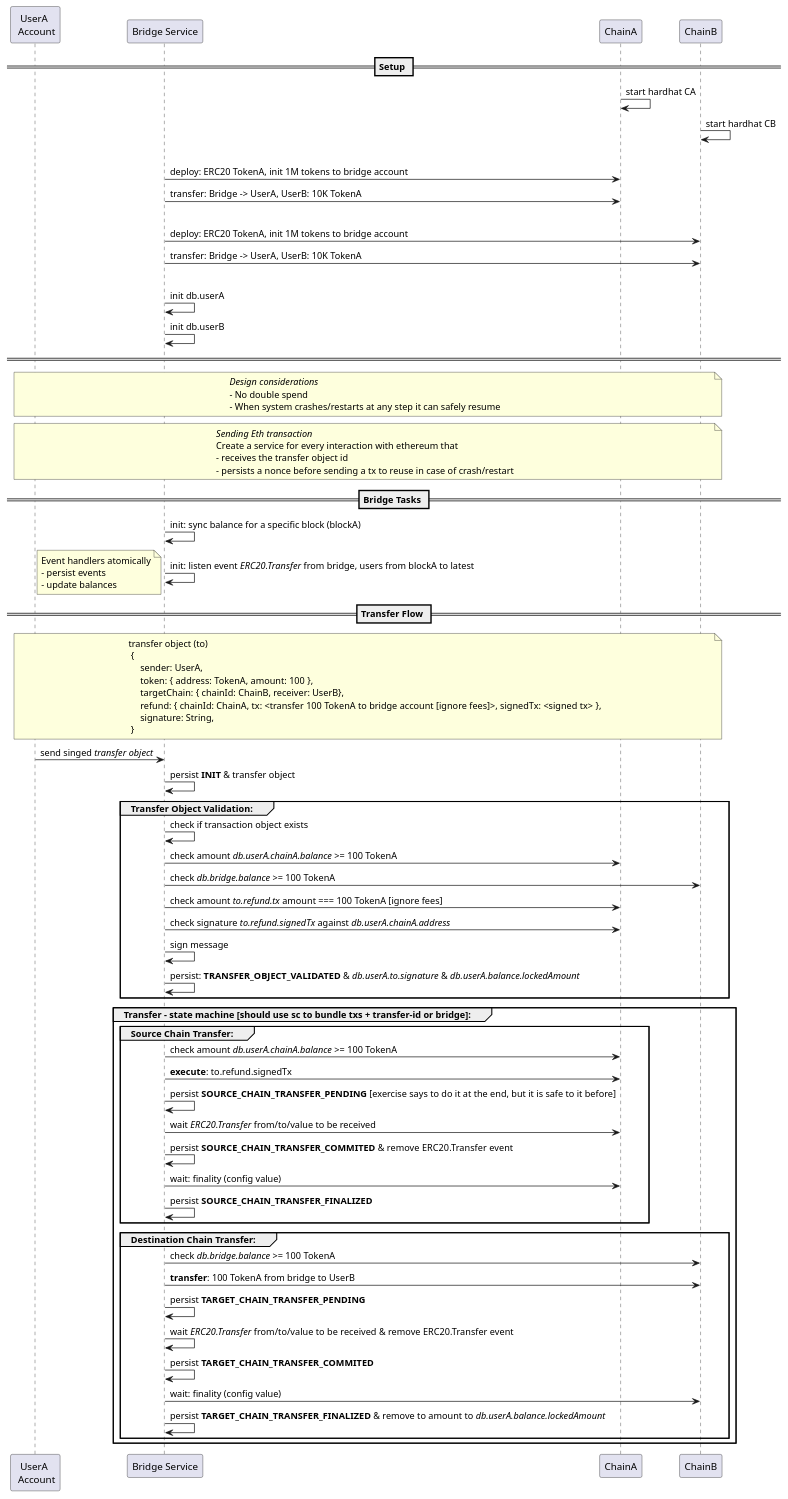
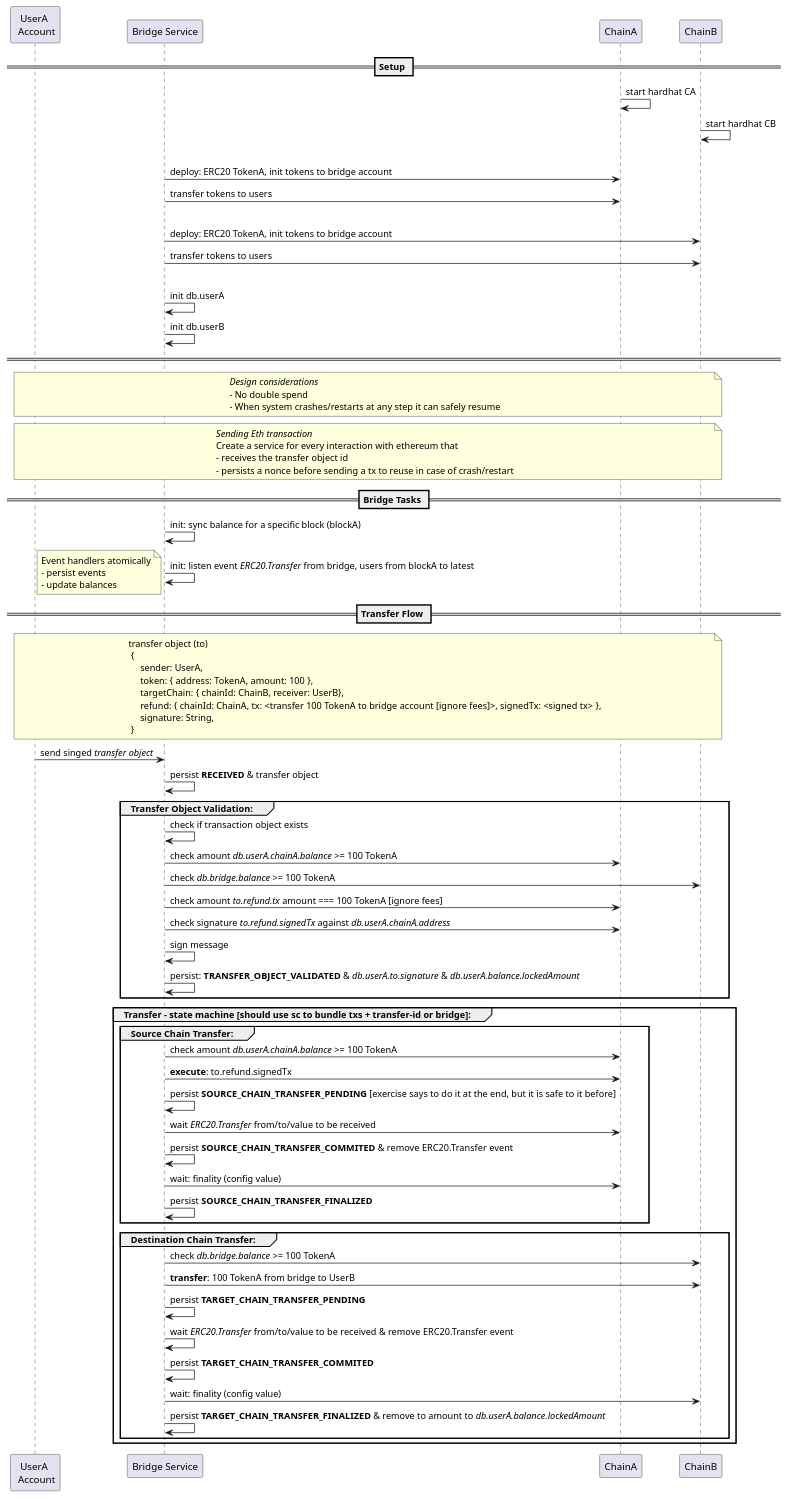
Before and after one commit to nchondromatidis/evm-erc20-bridge: the diagram in docs/transfer-assets-flow.puml, drawn with PlantUML. The commit also changed 15 other files, not shown here.

Commit message:
added ReceiveNewTransferObject use case

```diff
--- a/docs/transfer-assets-flow.puml
+++ b/docs/transfer-assets-flow.puml
@@ -1,93 +1,93 @@
 @startuml
 participant "UserA \n Account" as UA
 participant "Bridge Service" as B
 participant ChainA as CA
 participant ChainB as CB
 
 == Setup ==
 CA -> CA: start hardhat CA
 CB -> CB: start hardhat CB
 |||
-B -> CA: deploy: ERC20 TokenA, init 1M tokens to bridge account
-B -> CA: transfer: Bridge -> UserA, UserB: 10K TokenA
+B -> CA: deploy: ERC20 TokenA, init tokens to bridge account
+B -> CA: transfer tokens to users
 |||
-B -> CB: deploy: ERC20 TokenA, init 1M tokens to bridge account
-B -> CB: transfer: Bridge -> UserA, UserB: 10K TokenA
+B -> CB: deploy: ERC20 TokenA, init tokens to bridge account
+B -> CB: transfer tokens to users
 |||
 B -> B: init db.userA
 B -> B: init db.userB
 
 == ==
 note across
 //Design considerations//
 - No double spend
 - When system crashes/restarts at any step it can safely resume
 end note
 
 note across
 //Sending Eth transaction//
 Create a service for every interaction with ethereum that
 - receives the transfer object id
 - persists a nonce before sending a tx to reuse in case of crash/restart
 end note
 
 == Bridge Tasks ==
 B -> B: init: sync balance for a specific block (blockA)
 B -> B: init: listen event //ERC20.Transfer// from bridge, users from blockA to latest
 note left
 Event handlers atomically
 - persist events
 - update balances
 end note
 
 
 == Transfer Flow ==
 note across
 transfer object (to)
  {
      sender: UserA,
      token: { address: TokenA, amount: 100 },
      targetChain: { chainId: ChainB, receiver: UserB},
      refund: { chainId: ChainA, tx: <transfer 100 TokenA to bridge account [ignore fees]>, signedTx: <signed tx> },
      signature: String,
  }
 end note
 
 UA -> B: send singed //transfer object//
-B -> B: persist **INIT** & transfer object
+B -> B: persist **RECEIVED** & transfer object
 
 group Transfer Object Validation:
 B -> B : check if transaction object exists
 B -> CA: check amount //db.userA.chainA.balance// >= 100 TokenA
 B -> CB: check //db.bridge.balance// >= 100 TokenA
 B -> CA: check amount //to.refund.tx// amount === 100 TokenA [ignore fees]
 B -> CA: check signature //to.refund.signedTx// against //db.userA.chainA.address//
 B -> B: sign message
 B -> B: persist: **TRANSFER_OBJECT_VALIDATED** & //db.userA.to.signature// & //db.userA.balance.lockedAmount//
 end
 
 group Transfer - state machine [should use sc to bundle txs + transfer-id or bridge]:
 
 group Source Chain Transfer:
 B -> CA: check amount //db.userA.chainA.balance// >= 100 TokenA
 B -> CA: **execute**: to.refund.signedTx
 B -> B: persist **SOURCE_CHAIN_TRANSFER_PENDING** [exercise says to do it at the end, but it is safe to it before]
 B -> CA: wait //ERC20.Transfer// from/to/value to be received
 B -> B: persist **SOURCE_CHAIN_TRANSFER_COMMITED** & remove ERC20.Transfer event
 B -> CA: wait: finality (config value)
 B -> B: persist **SOURCE_CHAIN_TRANSFER_FINALIZED**
 end
 
 group Destination Chain Transfer:
 B -> CB: check //db.bridge.balance// >= 100 TokenA
 B -> CB: **transfer**: 100 TokenA from bridge to UserB
 B -> B: persist **TARGET_CHAIN_TRANSFER_PENDING**
 B -> B: wait //ERC20.Transfer// from/to/value to be received & remove ERC20.Transfer event
 B -> B: persist **TARGET_CHAIN_TRANSFER_COMMITED**
 B -> CB: wait: finality (config value)
 B -> B: persist **TARGET_CHAIN_TRANSFER_FINALIZED** & remove to amount to //db.userA.balance.lockedAmount//
 end
 
 end
 
 @enduml
```
